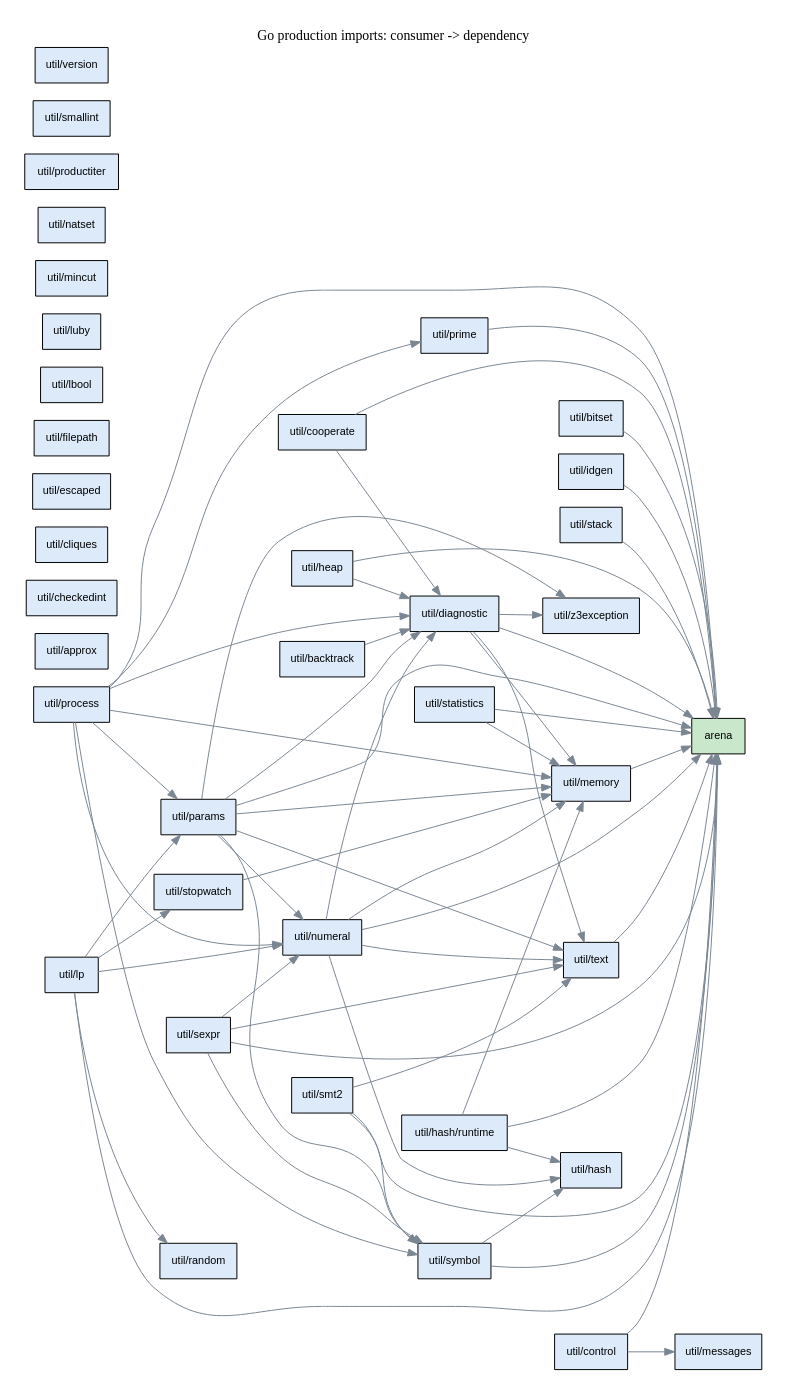
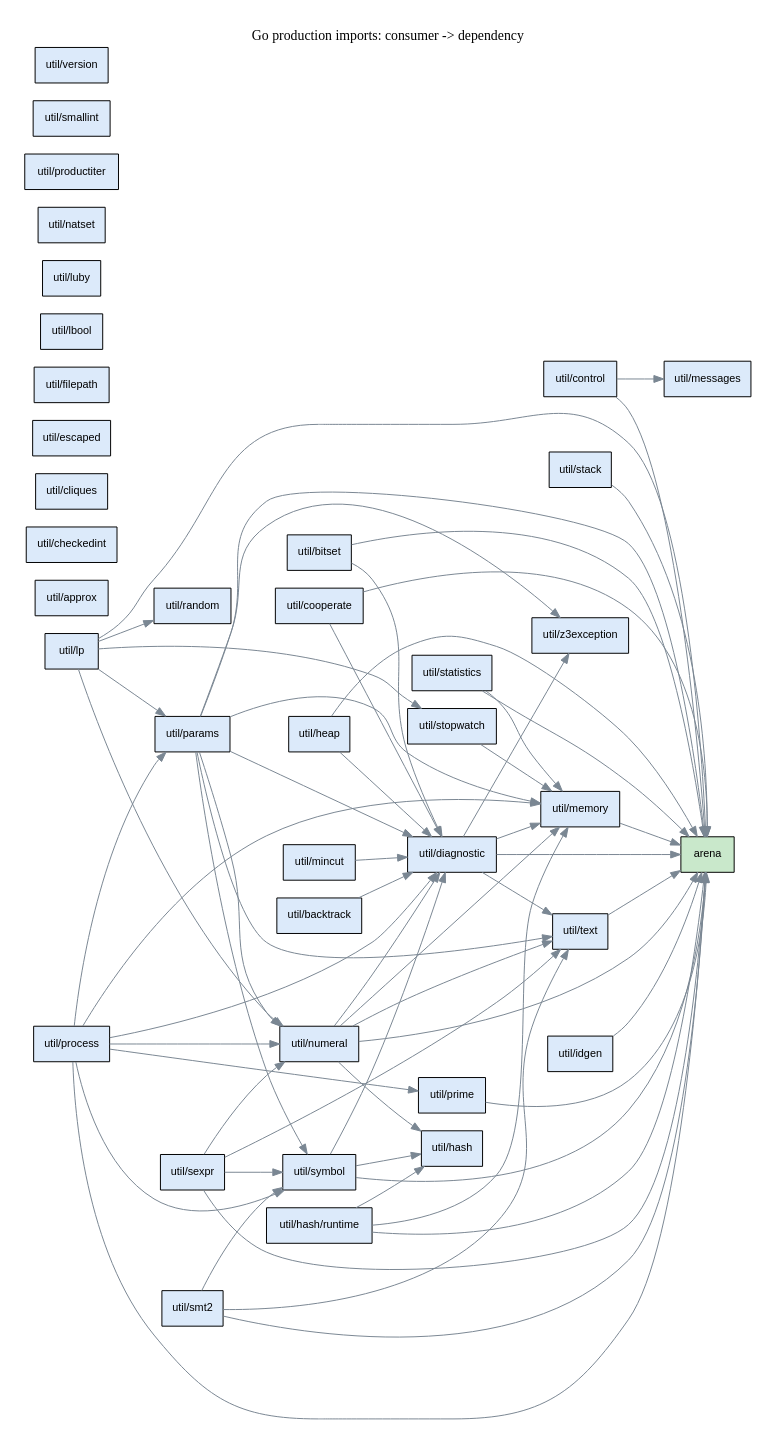
The diagram in doc/util_dependencies.dot (glycerine/g3-preview), drawn with Graphviz before and after one commit. The commit also changed 5 other files, not shown here.

Commit message:
Refresh util dependency graphs after diagnostic bindings

```diff
--- a/doc/util_dependencies.dot
+++ b/doc/util_dependencies.dot
@@ -1,102 +1,105 @@
 digraph packages {
   rankdir=LR;
   graph [bgcolor=white, pad=0.25];
   node [shape=box, fontname="sans-serif", fontsize=11];
   edge [color="#7a8793"];
   label="Go production imports: consumer -> dependency";
   labelloc=t;
   "arena" [style=filled, fillcolor="#c9e8cb"];
   "util/approx" [style=filled, fillcolor="#dceafa"];
   "util/backtrack" [style=filled, fillcolor="#dceafa"];
   "util/backtrack" -> "util/diagnostic";
   "util/bitset" [style=filled, fillcolor="#dceafa"];
   "util/bitset" -> "arena";
+  "util/bitset" -> "util/diagnostic";
   "util/checkedint" [style=filled, fillcolor="#dceafa"];
   "util/cliques" [style=filled, fillcolor="#dceafa"];
   "util/control" [style=filled, fillcolor="#dceafa"];
   "util/control" -> "arena";
   "util/control" -> "util/messages";
   "util/cooperate" [style=filled, fillcolor="#dceafa"];
   "util/cooperate" -> "arena";
   "util/cooperate" -> "util/diagnostic";
   "util/diagnostic" [style=filled, fillcolor="#dceafa"];
   "util/diagnostic" -> "arena";
   "util/diagnostic" -> "util/memory";
   "util/diagnostic" -> "util/text";
   "util/diagnostic" -> "util/z3exception";
   "util/escaped" [style=filled, fillcolor="#dceafa"];
   "util/filepath" [style=filled, fillcolor="#dceafa"];
   "util/hash" [style=filled, fillcolor="#dceafa"];
   "util/hash/runtime" [style=filled, fillcolor="#dceafa"];
   "util/hash/runtime" -> "arena";
   "util/hash/runtime" -> "util/hash";
   "util/hash/runtime" -> "util/memory";
   "util/heap" [style=filled, fillcolor="#dceafa"];
   "util/heap" -> "arena";
   "util/heap" -> "util/diagnostic";
   "util/idgen" [style=filled, fillcolor="#dceafa"];
   "util/idgen" -> "arena";
   "util/lbool" [style=filled, fillcolor="#dceafa"];
   "util/lp" [style=filled, fillcolor="#dceafa"];
   "util/lp" -> "arena";
   "util/lp" -> "util/numeral";
   "util/lp" -> "util/params";
   "util/lp" -> "util/random";
   "util/lp" -> "util/stopwatch";
   "util/luby" [style=filled, fillcolor="#dceafa"];
   "util/memory" [style=filled, fillcolor="#dceafa"];
   "util/memory" -> "arena";
   "util/messages" [style=filled, fillcolor="#dceafa"];
   "util/mincut" [style=filled, fillcolor="#dceafa"];
+  "util/mincut" -> "util/diagnostic";
   "util/natset" [style=filled, fillcolor="#dceafa"];
   "util/numeral" [style=filled, fillcolor="#dceafa"];
   "util/numeral" -> "arena";
   "util/numeral" -> "util/diagnostic";
   "util/numeral" -> "util/hash";
   "util/numeral" -> "util/memory";
   "util/numeral" -> "util/text";
   "util/params" [style=filled, fillcolor="#dceafa"];
   "util/params" -> "arena";
   "util/params" -> "util/diagnostic";
   "util/params" -> "util/memory";
   "util/params" -> "util/numeral";
   "util/params" -> "util/symbol";
   "util/params" -> "util/text";
   "util/params" -> "util/z3exception";
   "util/prime" [style=filled, fillcolor="#dceafa"];
   "util/prime" -> "arena";
   "util/process" [style=filled, fillcolor="#dceafa"];
   "util/process" -> "arena";
   "util/process" -> "util/diagnostic";
   "util/process" -> "util/memory";
   "util/process" -> "util/numeral";
   "util/process" -> "util/params";
   "util/process" -> "util/prime";
   "util/process" -> "util/symbol";
   "util/productiter" [style=filled, fillcolor="#dceafa"];
   "util/random" [style=filled, fillcolor="#dceafa"];
   "util/sexpr" [style=filled, fillcolor="#dceafa"];
   "util/sexpr" -> "arena";
   "util/sexpr" -> "util/numeral";
   "util/sexpr" -> "util/symbol";
   "util/sexpr" -> "util/text";
   "util/smallint" [style=filled, fillcolor="#dceafa"];
   "util/smt2" [style=filled, fillcolor="#dceafa"];
   "util/smt2" -> "arena";
   "util/smt2" -> "util/symbol";
   "util/smt2" -> "util/text";
   "util/stack" [style=filled, fillcolor="#dceafa"];
   "util/stack" -> "arena";
   "util/statistics" [style=filled, fillcolor="#dceafa"];
   "util/statistics" -> "arena";
   "util/statistics" -> "util/memory";
   "util/stopwatch" [style=filled, fillcolor="#dceafa"];
   "util/stopwatch" -> "util/memory";
   "util/symbol" [style=filled, fillcolor="#dceafa"];
   "util/symbol" -> "arena";
+  "util/symbol" -> "util/diagnostic";
   "util/symbol" -> "util/hash";
   "util/text" [style=filled, fillcolor="#dceafa"];
   "util/text" -> "arena";
   "util/version" [style=filled, fillcolor="#dceafa"];
   "util/z3exception" [style=filled, fillcolor="#dceafa"];
 }
```
